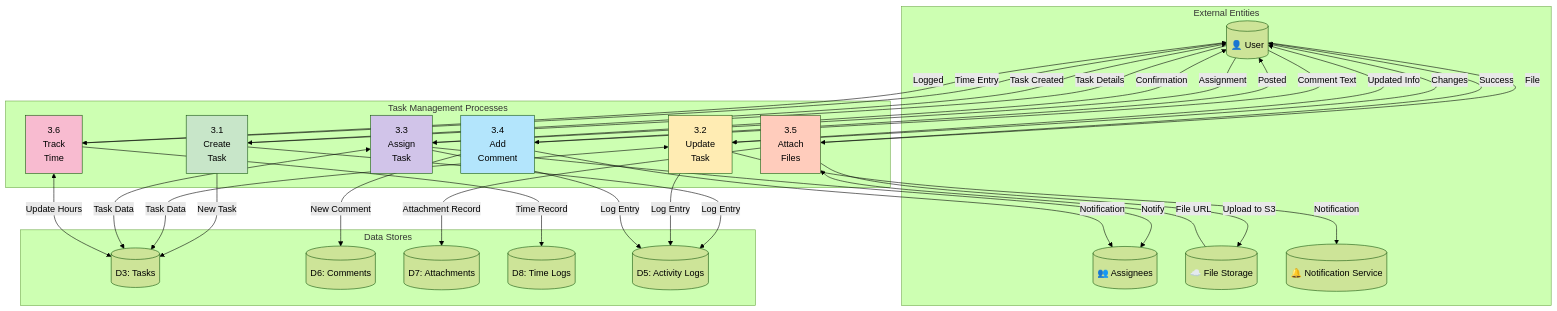
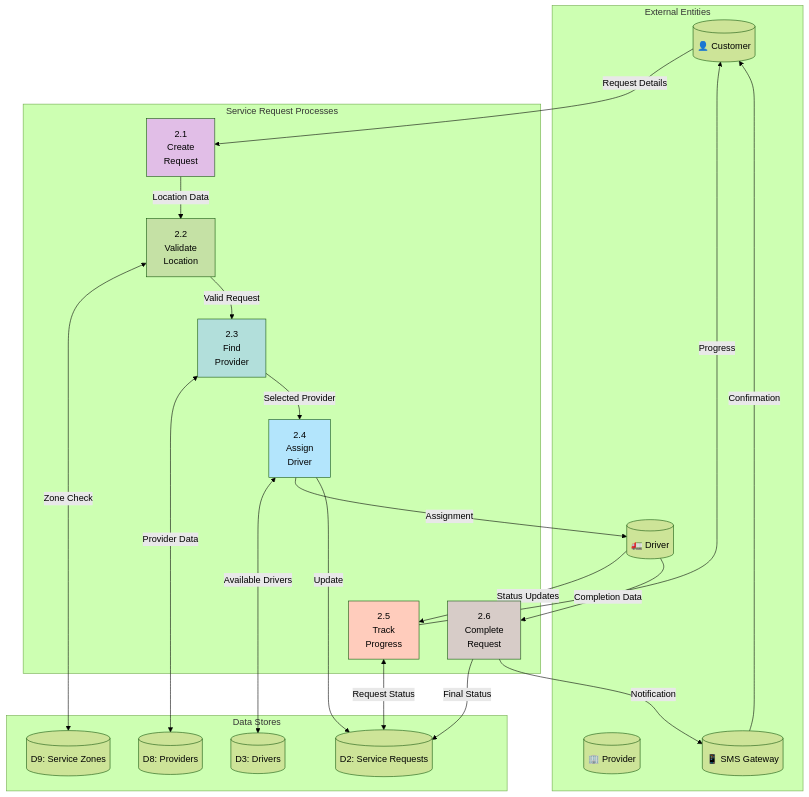
The fourth of 6 diagrams in documentation/diagrams/data-flow.md (Ellis-Ayikwei/waste-wise), drawn with Mermaid (forest theme) before and after one commit. The commit also changed other lines of this file and 5 other files, not shown here.

Commit message:
Update architecture docs for Wasgo smart waste management system

````diff
--- a/documentation/diagrams/data-flow.md
+++ b/documentation/diagrams/data-flow.md
@@ -102,66 +167,53 @@
 ```mermaid
 graph TB
     subgraph "External Entities"
-        User[("👤 User")]
-        Assignee[("👥 Assignees")]
-        Storage[("☁️ File Storage")]
-        Notif[("🔔 Notification Service")]
+        Customer[("👤 Customer")]
+        Provider[("🏢 Provider")]
+        Driver[("🚛 Driver")]
+        SMS[("📱 SMS Gateway")]
     end
     
-    subgraph "Task Management Processes"
-        Create["3.1<br/>Create<br/>Task"]
-        Update["3.2<br/>Update<br/>Task"]
-        Assign["3.3<br/>Assign<br/>Task"]
-        Comment["3.4<br/>Add<br/>Comment"]
-        Attach["3.5<br/>Attach<br/>Files"]
-        Track["3.6<br/>Track<br/>Time"]
+    subgraph "Service Request Processes"
+        Create["2.1<br/>Create<br/>Request"]
+        Validate["2.2<br/>Validate<br/>Location"]
+        FindProvider["2.3<br/>Find<br/>Provider"]
+        AssignDriver["2.4<br/>Assign<br/>Driver"]
+        Track["2.5<br/>Track<br/>Progress"]
+        Complete["2.6<br/>Complete<br/>Request"]
     end
     
     subgraph "Data Stores"
-        TaskDB[("D3: Tasks")]
-        CommentDB[("D6: Comments")]
-        AttachDB[("D7: Attachments")]
-        TimeDB[("D8: Time Logs")]
-        ActivityDB[("D5: Activity Logs")]
+        RequestDB[("D2: Service Requests")]
+        ProviderDB[("D8: Providers")]
+        DriverDB[("D3: Drivers")]
+        ZoneDB[("D9: Service Zones")]
     end
     
-    User -->|"Task Details"| Create
-    Create -->|"Task Created"| User
-    Create -->|"New Task"| TaskDB
-    Create -->|"Log Entry"| ActivityDB
+    Customer -->|"Request Details"| Create
+    Create -->|"Location Data"| Validate
+    Validate <-->|"Zone Check"| ZoneDB
+    Validate -->|"Valid Request"| FindProvider
     
-    User -->|"Changes"| Update
-    Update -->|"Updated Info"| User
-    Update <-->|"Task Data"| TaskDB
-    Update -->|"Log Entry"| ActivityDB
-    Update -->|"Notification"| Notif
+    FindProvider <-->|"Provider Data"| ProviderDB
+    FindProvider -->|"Selected Provider"| AssignDriver
     
-    User -->|"Assignment"| Assign
-    Assign -->|"Confirmation"| User
-    Assign <-->|"Task Data"| TaskDB
-    Assign -->|"Notify"| Assignee
-    Assign -->|"Log Entry"| ActivityDB
+    AssignDriver <-->|"Available Drivers"| DriverDB
+    AssignDriver -->|"Assignment"| Driver
+    AssignDriver -->|"Update"| RequestDB
     
-    User -->|"Comment Text"| Comment
-    Comment -->|"Posted"| User
-    Comment -->|"New Comment"| CommentDB
-    Comment -->|"Notification"| Assignee
+    Driver -->|"Status Updates"| Track
+    Track <-->|"Request Status"| RequestDB
+    Track -->|"Progress"| Customer
     
-    User -->|"File"| Attach
-    Attach -->|"Upload to S3"| Storage
-    Storage -->|"File URL"| Attach
-    Attach -->|"Attachment Record"| AttachDB
-    Attach -->|"Success"| User
+    Driver -->|"Completion Data"| Complete
+    Complete -->|"Final Status"| RequestDB
+    Complete -->|"Notification"| SMS
+    SMS -->|"Confirmation"| Customer
     
-    User -->|"Time Entry"| Track
-    Track -->|"Logged"| User
-    Track -->|"Time Record"| TimeDB
-    Track <-->|"Update Hours"| TaskDB
-    
-    style Create fill:#c8e6c9
-    style Update fill:#ffecb3
-    style Assign fill:#d1c4e9
-    style Comment fill:#b3e5fc
-    style Attach fill:#ffccbc
-    style Track fill:#f8bbd0
+    style Create fill:#e1bee7
+    style Validate fill:#c5e1a5
+    style FindProvider fill:#b2dfdb
+    style AssignDriver fill:#b3e5fc
+    style Track fill:#ffccbc
+    style Complete fill:#d7ccc8
 ```
````
